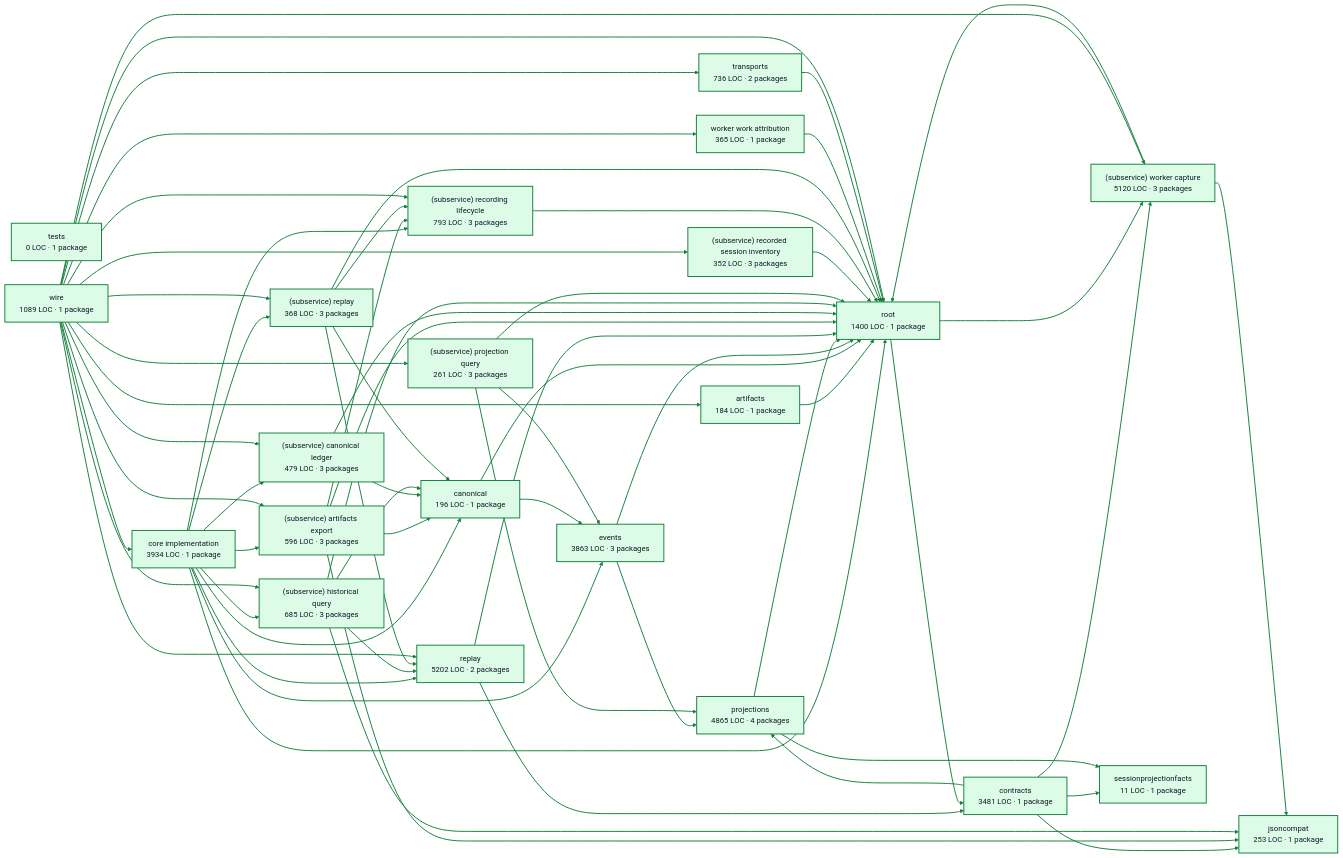
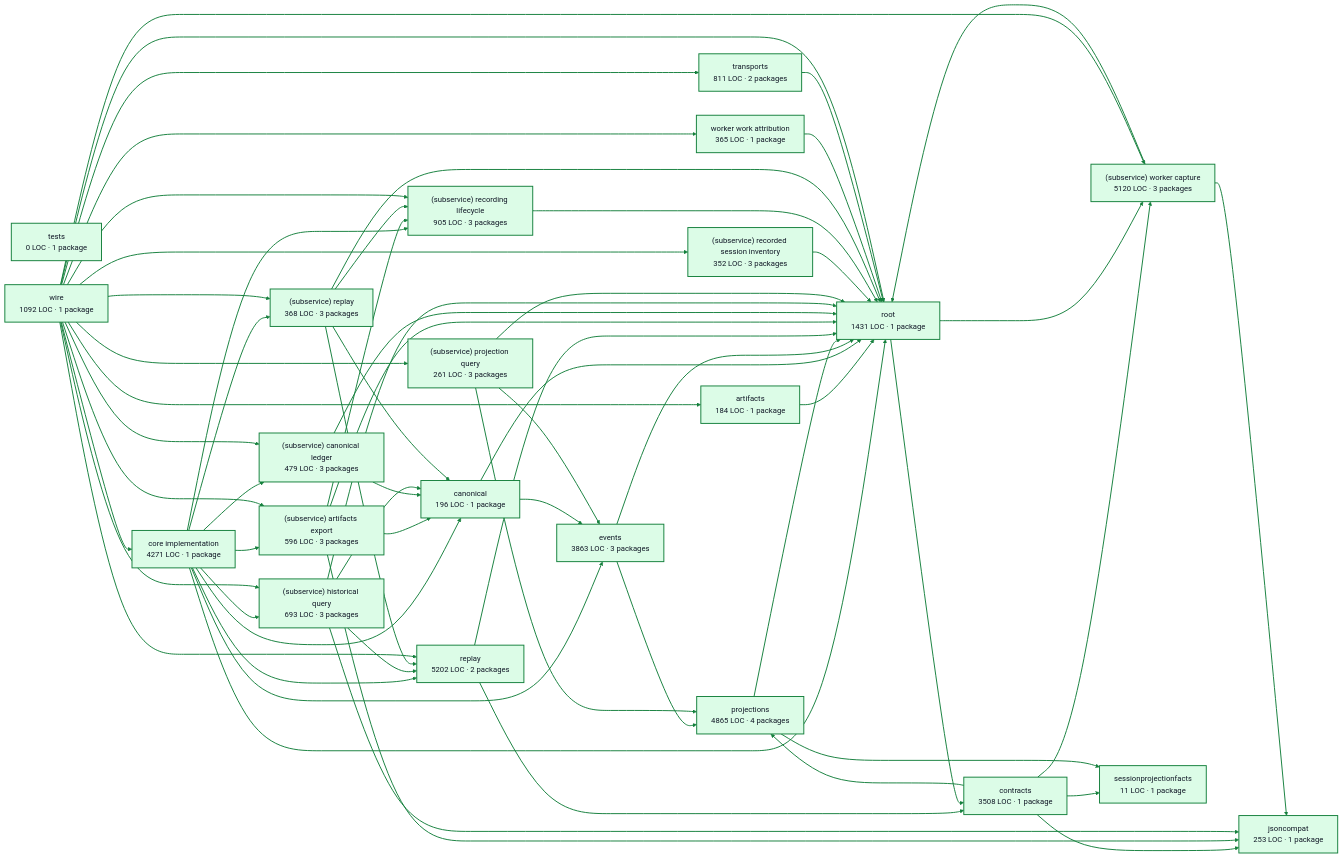
One commit to portpowered/you-agent-factory changed the diagram in docs/architecture/visualizations/services/recordings.md. Above: the diagram before and after it, drawn with Mermaid (base theme). The commit also changed other lines of this file and 20 other files, not shown here.

Commit message:
docs: refresh backend architecture visualizations

````diff
--- a/docs/architecture/visualizations/services/recordings.md
+++ b/docs/architecture/visualizations/services/recordings.md
@@ -11,27 +11,27 @@
 ```mermaid
 flowchart LR
-  p0["core implementation<br/>3934 LOC · 1 package"]
+  p0["core implementation<br/>4271 LOC · 1 package"]
   p1["artifacts<br/>184 LOC · 1 package"]
   p2["canonical<br/>196 LOC · 1 package"]
-  p3["contracts<br/>3481 LOC · 1 package"]
+  p3["contracts<br/>3508 LOC · 1 package"]
   p4["events<br/>3863 LOC · 3 packages"]
   p5["jsoncompat<br/>253 LOC · 1 package"]
   p6["projections<br/>4865 LOC · 4 packages"]
   p7["replay<br/>5202 LOC · 2 packages"]
   p8["(subservice) artifacts export<br/>596 LOC · 3 packages"]
   p9["(subservice) canonical ledger<br/>479 LOC · 3 packages"]
-  p10["(subservice) historical query<br/>685 LOC · 3 packages"]
+  p10["(subservice) historical query<br/>693 LOC · 3 packages"]
   p11["(subservice) projection query<br/>261 LOC · 3 packages"]
   p12["(subservice) recorded session inventory<br/>352 LOC · 3 packages"]
-  p13["(subservice) recording lifecycle<br/>793 LOC · 3 packages"]
+  p13["(subservice) recording lifecycle<br/>905 LOC · 3 packages"]
   p14["(subservice) replay<br/>368 LOC · 3 packages"]
   p15["(subservice) worker capture<br/>5120 LOC · 3 packages"]
   p16["sessionprojectionfacts<br/>11 LOC · 1 package"]
   p17["tests<br/>0 LOC · 1 package"]
   p18["worker work attribution<br/>365 LOC · 1 package"]
-  p19["root<br/>1400 LOC · 1 package"]
-  p20["transports<br/>736 LOC · 2 packages"]
-  p21["wire<br/>1089 LOC · 1 package"]
+  p19["root<br/>1431 LOC · 1 package"]
+  p20["transports<br/>811 LOC · 2 packages"]
+  p21["wire<br/>1092 LOC · 1 package"]
   p0 --> p2
   p0 --> p4
   p0 --> p7
````
